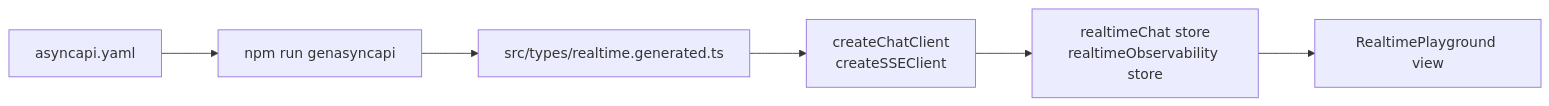
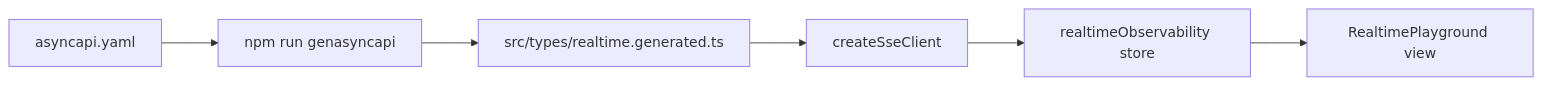
The diagram in docs/api/asyncapi-workflow.md (Guebbit/boilerplate-vue-frontend), drawn with Mermaid before and after one commit. The commit also changed other lines of this file and 148 other files, not shown here.

````diff
--- a/docs/api/asyncapi-workflow.md
+++ b/docs/api/asyncapi-workflow.md
@@ -58,9 +56,9 @@
 ```mermaid
 %%{init: {'flowchart': {'nodeSpacing': 50, 'rankSpacing': 65}}}%%
 flowchart LR
     Spec[asyncapi.yaml] --> Gen[npm run genasyncapi]
     Gen --> Types[src/types/realtime.generated.ts]
-    Types --> Clients[createChatClient\ncreateSSEClient]
-    Clients --> Stores[realtimeChat store\nrealtimeObservability store]
+    Types --> Clients[createSseClient]
+    Clients --> Stores[realtimeObservability store]
     Stores --> View[RealtimePlayground view]
 ```
````
